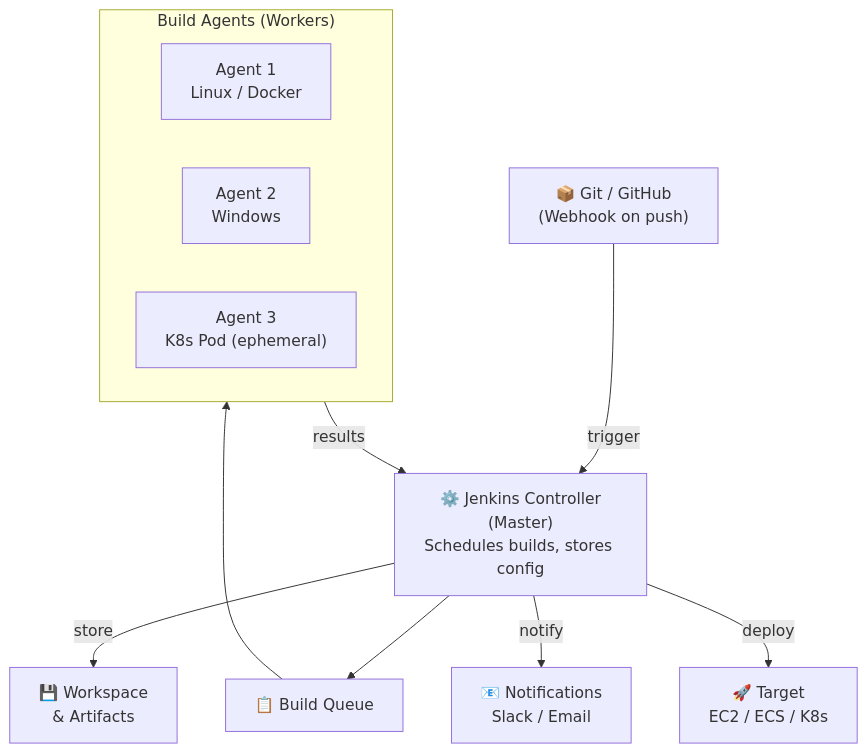
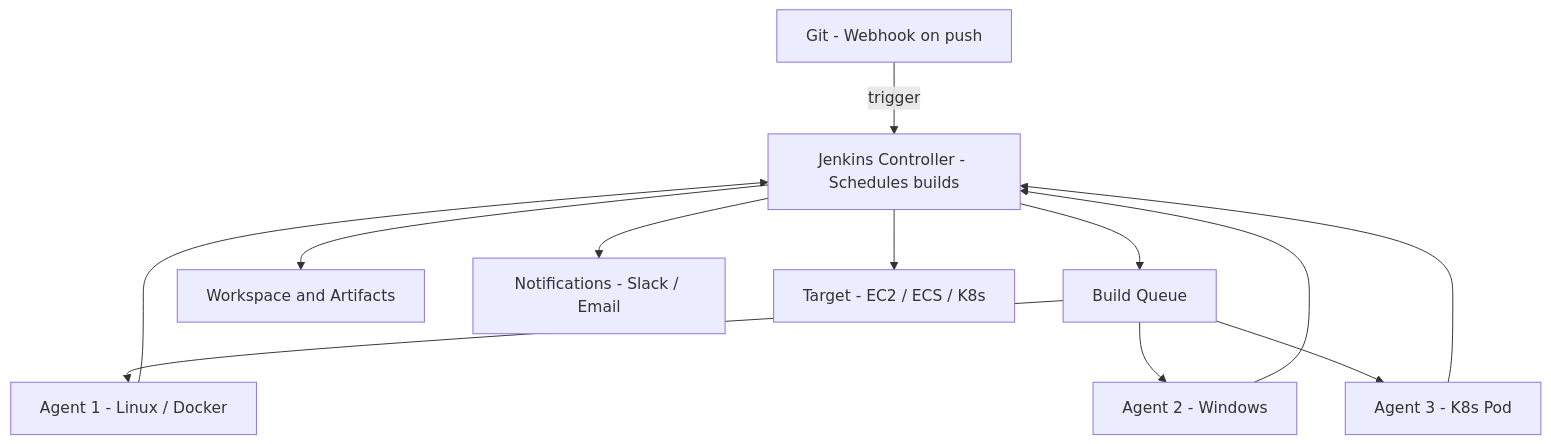
Before and after one commit to naveenkumar1661997/notes: the diagram in jenkins.md, drawn with Mermaid. The commit also changed 12 other files, not shown here.

```diff
--- a/jenkins.md
+++ b/jenkins.md
@@ -32,18 +32,14 @@
 <pre class="mermaid">
 flowchart TD
-    SCM["📦 Git / GitHub\n(Webhook on push)"] -->|trigger| JC["⚙️ Jenkins Controller\n(Master)\nSchedules builds, stores config"]
-
-    JC --> Q["📋 Build Queue"]
-    Q --> AGT
-
-    subgraph AGT["Build Agents (Workers)"]
-        A1["Agent 1\nLinux / Docker"]
-        A2["Agent 2\nWindows"]
-        A3["Agent 3\nK8s Pod (ephemeral)"]
-    end
-
-    AGT --> |results| JC
-    JC --> |store| WS["💾 Workspace\n& Artifacts"]
-    JC --> |notify| NOTIF["📧 Notifications\nSlack / Email"]
-    JC --> |deploy| DEPLOY["🚀 Target\nEC2 / ECS / K8s"]
+    SCM["Git - Webhook on push"] -->|trigger| JC["Jenkins Controller - Schedules builds"]
+    JC --> Q["Build Queue"]
+    Q --> A1["Agent 1 - Linux / Docker"]
+    Q --> A2["Agent 2 - Windows"]
+    Q --> A3["Agent 3 - K8s Pod"]
+    A1 --> JC
+    A2 --> JC
+    A3 --> JC
+    JC --> WS["Workspace and Artifacts"]
+    JC --> NOTIF["Notifications - Slack / Email"]
+    JC --> DEPLOY["Target - EC2 / ECS / K8s"]
 </pre>
```
